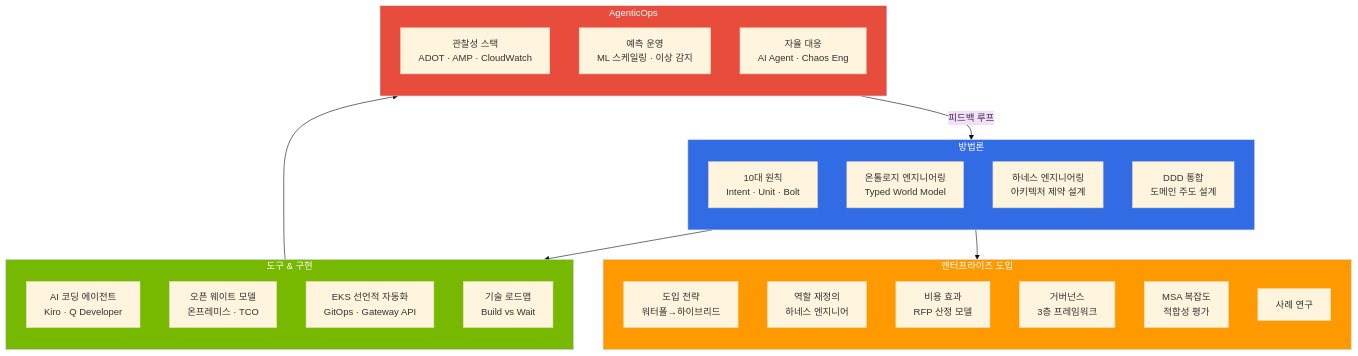
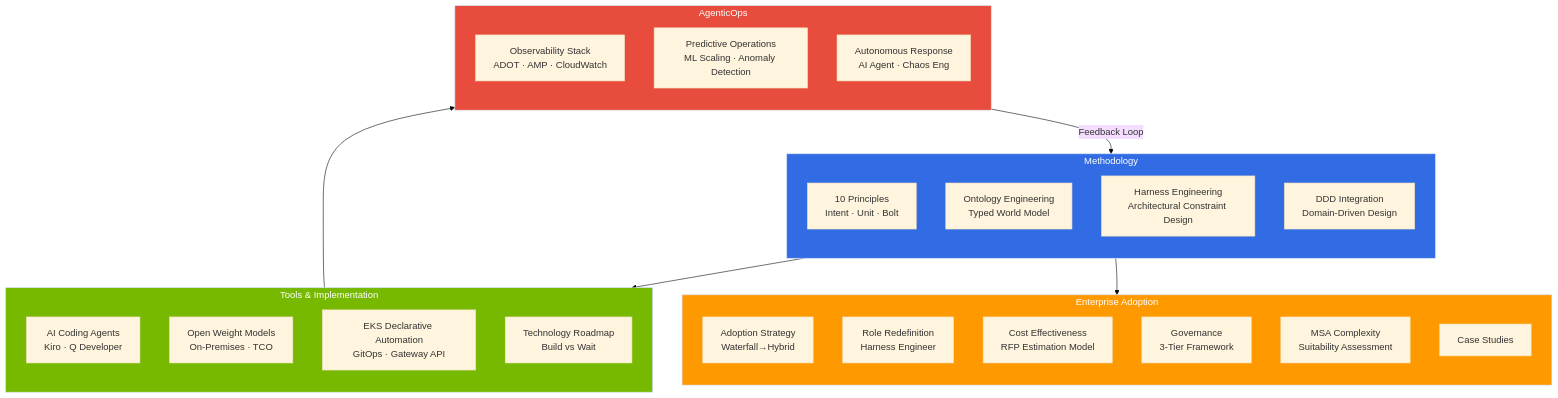
One commit to devfloor9/engineering-playbook changed the diagram in docs/aidlc/index.md. Above: the diagram before and after it, drawn with Mermaid (base theme). The commit also changed other lines of this file and 954 other files, not shown here.

````diff
--- a/docs/aidlc/index.md
+++ b/docs/aidlc/index.md
@@ -32,45 +24,45 @@
 ```mermaid
 flowchart TB
-    subgraph METHOD["방법론"]
+    subgraph METHOD["Methodology"]
         direction TB
-        P["10대 원칙<br/>Intent · Unit · Bolt"]
-        O["온톨로지 엔지니어링<br/>Typed World Model"]
-        H["하네스 엔지니어링<br/>아키텍처 제약 설계"]
-        D["DDD 통합<br/>도메인 주도 설계"]
+        P["10 Principles<br/>Intent · Unit · Bolt"]
+        O["Ontology Engineering<br/>Typed World Model"]
+        H["Harness Engineering<br/>Architectural Constraint Design"]
+        D["DDD Integration<br/>Domain-Driven Design"]
     end
 
-    subgraph ENTER["엔터프라이즈 도입"]
+    subgraph ENTER["Enterprise Adoption"]
         direction TB
-        A["도입 전략<br/>워터폴→하이브리드"]
-        R["역할 재정의<br/>하네스 엔지니어"]
-        C["비용 효과<br/>RFP 산정 모델"]
-        G["거버넌스<br/>3층 프레임워크"]
-        M["MSA 복잡도<br/>적합성 평가"]
-        CS["사례 연구"]
+        A["Adoption Strategy<br/>Waterfall→Hybrid"]
+        R["Role Redefinition<br/>Harness Engineer"]
+        C["Cost Effectiveness<br/>RFP Estimation Model"]
+        G["Governance<br/>3-Tier Framework"]
+        M["MSA Complexity<br/>Suitability Assessment"]
+        CS["Case Studies"]
     end
 
-    subgraph TOOL["도구 & 구현"]
+    subgraph TOOL["Tools & Implementation"]
         direction TB
-        AI["AI 코딩 에이전트<br/>Kiro · Q Developer"]
-        OW["오픈 웨이트 모델<br/>온프레미스 · TCO"]
-        EKS["EKS 선언적 자동화<br/>GitOps · Gateway API"]
-        TR["기술 로드맵<br/>Build vs Wait"]
+        AI["AI Coding Agents<br/>Kiro · Q Developer"]
+        OW["Open Weight Models<br/>On-Premises · TCO"]
+        EKS["EKS Declarative Automation<br/>GitOps · Gateway API"]
+        TR["Technology Roadmap<br/>Build vs Wait"]
     end
 
     subgraph OPS["AgenticOps"]
         direction TB
-        OB["관찰성 스택<br/>ADOT · AMP · CloudWatch"]
-        PR["예측 운영<br/>ML 스케일링 · 이상 감지"]
-        AR["자율 대응<br/>AI Agent · Chaos Eng"]
+        OB["Observability Stack<br/>ADOT · AMP · CloudWatch"]
+        PR["Predictive Operations<br/>ML Scaling · Anomaly Detection"]
+        AR["Autonomous Response<br/>AI Agent · Chaos Eng"]
     end
 
     METHOD --> TOOL
     METHOD --> ENTER
     TOOL --> OPS
-    OPS -->|"피드백 루프"| METHOD
+    OPS -->|"Feedback Loop"| METHOD
 
     style METHOD fill:#326ce5,color:#fff
     style ENTER fill:#ff9900,color:#fff
     style TOOL fill:#76b900,color:#fff
     style OPS fill:#e74c3c,color:#fff
 ```
````
